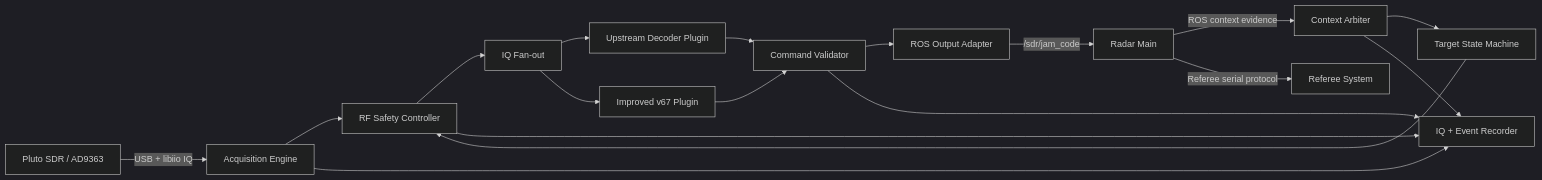
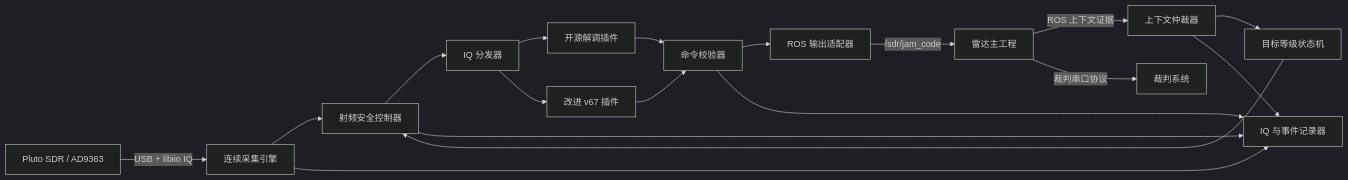
One commit to Lancercodermaker/3SE26- changed the first of 2 diagrams in docs/superpowers/specs/2026-07-10-sdr-receiver-architecture-design.md. Above: the diagram before and after it, drawn with Mermaid (dark theme). The commit also changed other lines of this file and 2 other files, not shown here.

Commit message:
docs: rewrite SDR requirements and architecture in Chinese

````diff
--- a/docs/superpowers/specs/2026-07-10-sdr-receiver-architecture-design.md
+++ b/docs/superpowers/specs/2026-07-10-sdr-receiver-architecture-design.md
@@ -11,20 +11,20 @@
 ```mermaid
 flowchart LR
-    SDR["Pluto SDR / AD9363"] -->|"USB + libiio IQ"| ACQ["Acquisition Engine"]
-    MAIN["Radar Main"] -->|"ROS context evidence"| CTX["Context Arbiter"]
-    ACQ --> RF["RF Safety Controller"]
-    RF --> FAN["IQ Fan-out"]
-    CTX --> TARGET["Target State Machine"]
+    SDR["Pluto SDR / AD9363"] -->|"USB + libiio IQ"| ACQ["连续采集引擎"]
+    MAIN["雷达主工程"] -->|"ROS 上下文证据"| CTX["上下文仲裁器"]
+    ACQ --> RF["射频安全控制器"]
+    RF --> FAN["IQ 分发器"]
+    CTX --> TARGET["目标等级状态机"]
     TARGET --> RF
-    FAN --> UP["Upstream Decoder Plugin"]
-    FAN --> V67["Improved v67 Plugin"]
-    UP --> VAL["Command Validator"]
+    FAN --> UP["开源解调插件"]
+    FAN --> V67["改进 v67 插件"]
+    UP --> VAL["命令校验器"]
     V67 --> VAL
-    VAL --> OUT["ROS Output Adapter"]
+    VAL --> OUT["ROS 输出适配器"]
     OUT -->|"/sdr/jam_code"| MAIN
-    MAIN -->|"Referee serial protocol"| REF["Referee System"]
-    ACQ --> REC["IQ + Event Recorder"]
+    MAIN -->|"裁判串口协议"| REF["裁判系统"]
+    ACQ --> REC["IQ 与事件记录器"]
     CTX --> REC
     RF --> REC
     VAL --> REC
 ```
````
